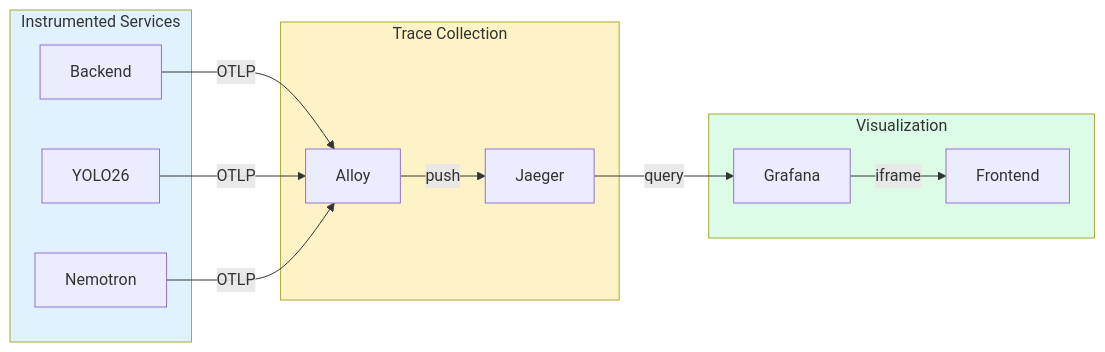
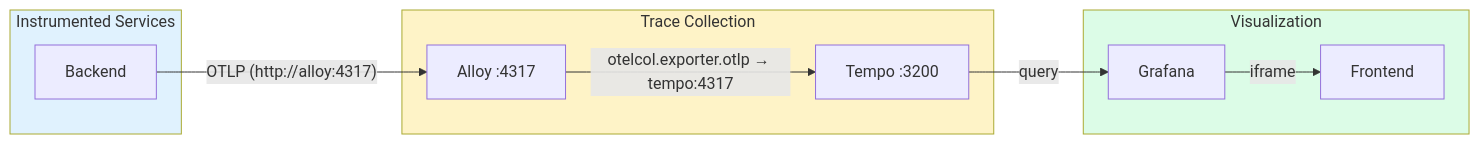
One commit to mikesvoboda/nemotron-v3-home-security-intelligence changed the second of 2 diagrams in docs/ui/tracing.md. Above: the diagram before and after it, drawn with Mermaid. The commit also changed other lines of this file and 313 other files, not shown here.

````diff
--- a/docs/ui/tracing.md
+++ b/docs/ui/tracing.md
@@ -324,29 +335,25 @@
 ```mermaid
 flowchart LR
     subgraph Services["Instrumented Services"]
         B[Backend]
-        R[YOLO26]
-        N[Nemotron]
     end
 
     subgraph Collection["Trace Collection"]
-        A[Alloy]
-        J[Jaeger]
+        A[Alloy :4317]
+        T[Tempo :3200]
     end
 
     subgraph Visualization["Visualization"]
         G[Grafana]
         F[Frontend]
     end
 
-    B -->|OTLP| A
-    R -->|OTLP| A
-    N -->|OTLP| A
-    A -->|push| J
-    J -->|query| G
+    B -->|"OTLP (http://alloy:4317)"| A
+    A -->|"otelcol.exporter.otlp → tempo:4317"| T
+    T -->|query| G
     G -->|iframe| F
 
     style Services fill:#e0f2fe
     style Collection fill:#fef3c7
     style Visualization fill:#dcfce7
 ```
````
